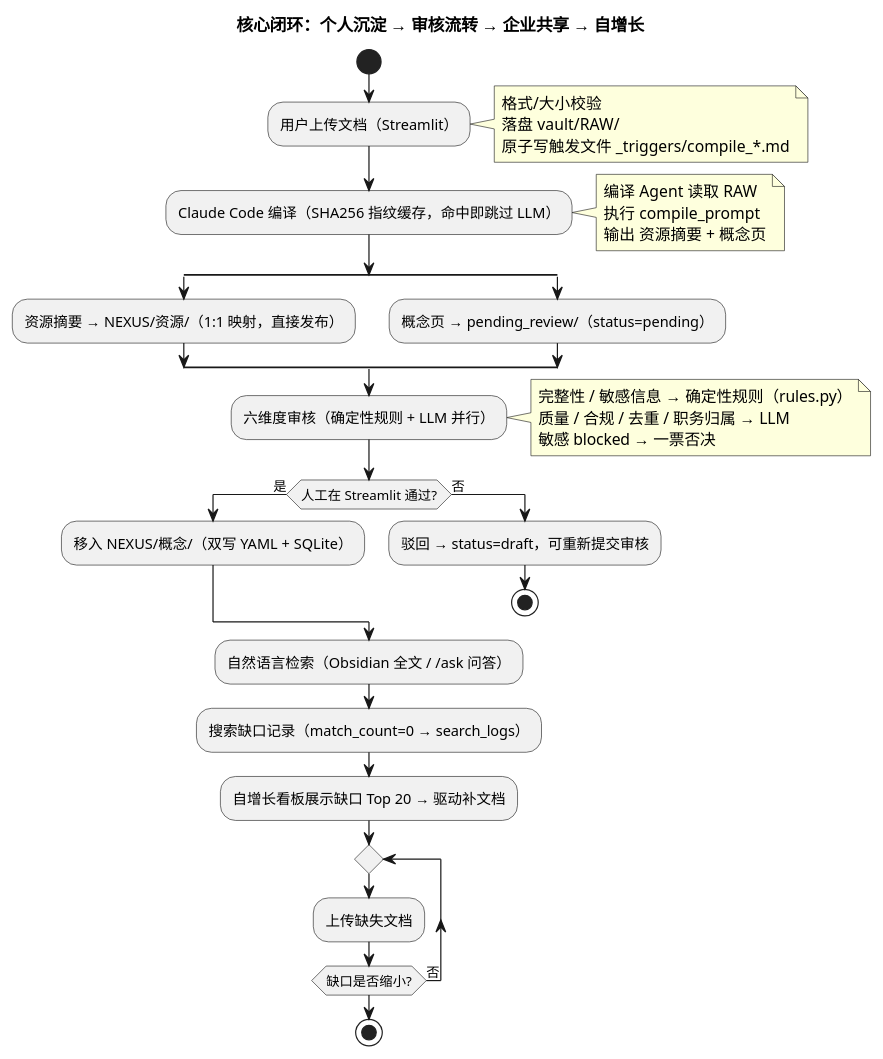
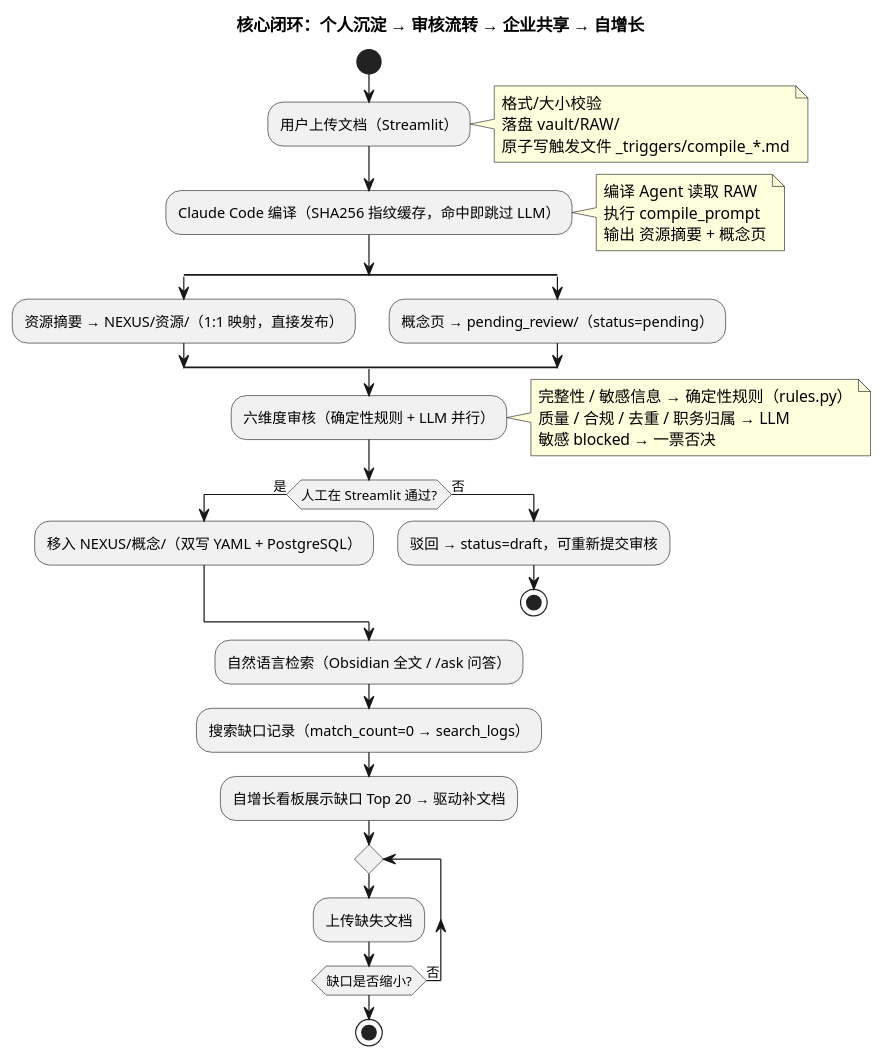
Before and after one commit to whchim/LLM_wiki: the diagram in docs/diagrams/flow.puml, drawn with PlantUML. The commit also changed 4 other files, not shown here.

```diff
--- a/docs/diagrams/flow.puml
+++ b/docs/diagrams/flow.puml
@@ -1,59 +1,59 @@
 @startuml flow
 ' LLM Wiki 知识库平台 —— 知识流转闭环图（第二张）
 ' 生成：复制本文件内容到 https://www.plantuml.com/plantuml 或 PlantUML 插件
 ' 若中文显示为方块，调整 defaultFontName
 
 skinparam defaultFontName "Microsoft YaHei"
 skinparam backgroundColor #FFFFFF
 skinparam shadowing false
 
 title 核心闭环：个人沉淀 → 审核流转 → 企业共享 → 自增长
 
 start
 
 :用户上传文档（Streamlit）;
 note right
   格式/大小校验
   落盘 vault/RAW/
   原子写触发文件 _triggers/compile_*.md
 end note
 
 :Claude Code 编译（SHA256 指纹缓存，命中即跳过 LLM）;
 note right
   编译 Agent 读取 RAW
   执行 compile_prompt
   输出 资源摘要 + 概念页
 end note
 
 split
   :资源摘要 → NEXUS/资源/（1:1 映射，直接发布）;
   split again
     :概念页 → pending_review/（status=pending）;
   end split
 
 :六维度审核（确定性规则 + LLM 并行）;
 note right
   完整性 / 敏感信息 → 确定性规则（rules.py）
   质量 / 合规 / 去重 / 职务归属 → LLM
   敏感 blocked → 一票否决
 end note
 
 if (人工在 Streamlit 通过?) then (是)
-  :移入 NEXUS/概念/（双写 YAML + SQLite）;
+  :移入 NEXUS/概念/（双写 YAML + PostgreSQL）;
 else (否)
   :驳回 → status=draft，可重新提交审核;
   stop
 endif
 
 :自然语言检索（Obsidian 全文 / /ask 问答）;
 :搜索缺口记录（match_count=0 → search_logs）;
 
 :自增长看板展示缺口 Top 20 → 驱动补文档;
 
 repeat
   :上传缺失文档;
 repeat while (缺口是否缩小?) is (否)
 
 stop
 
 @enduml
```
